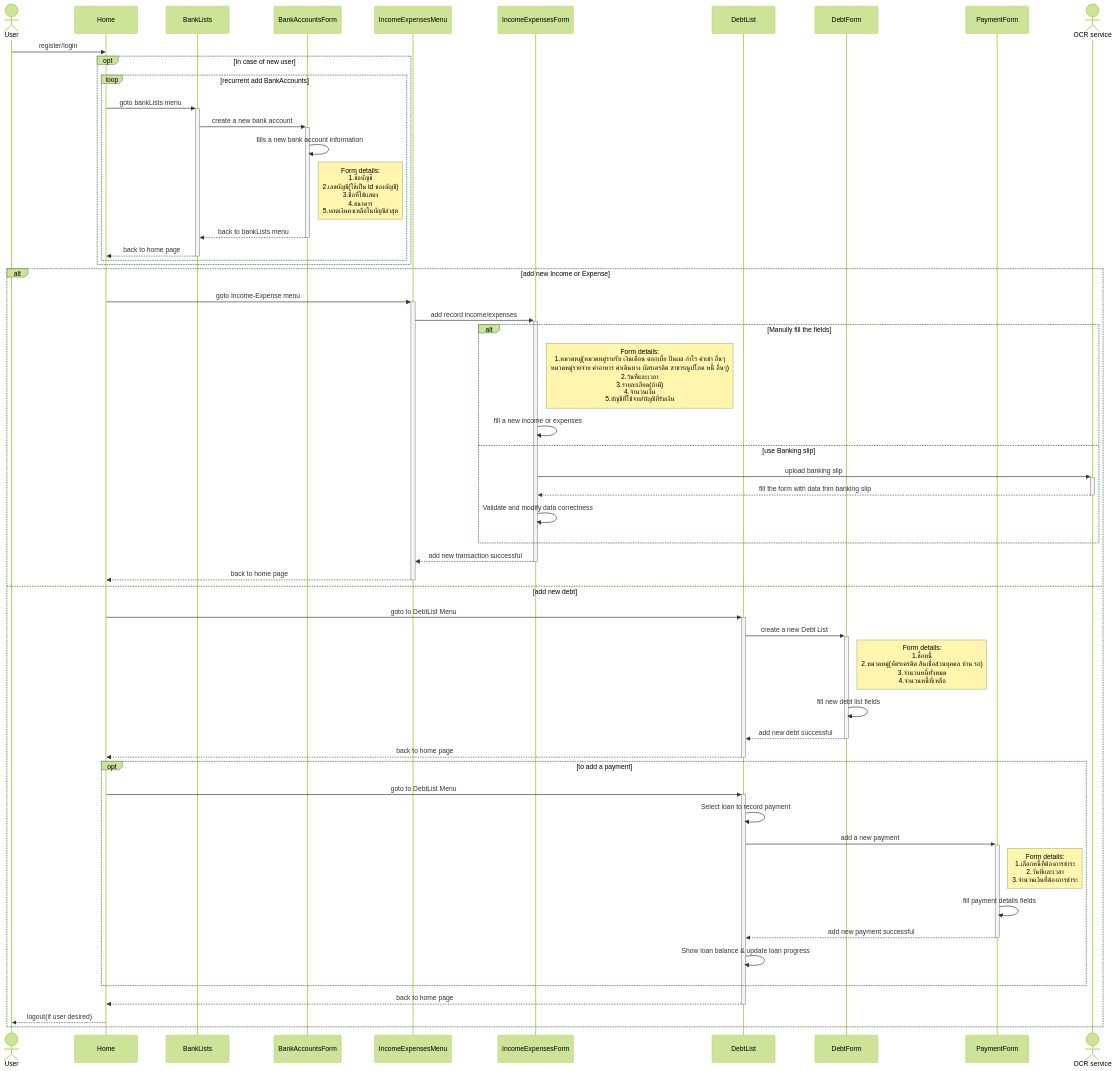
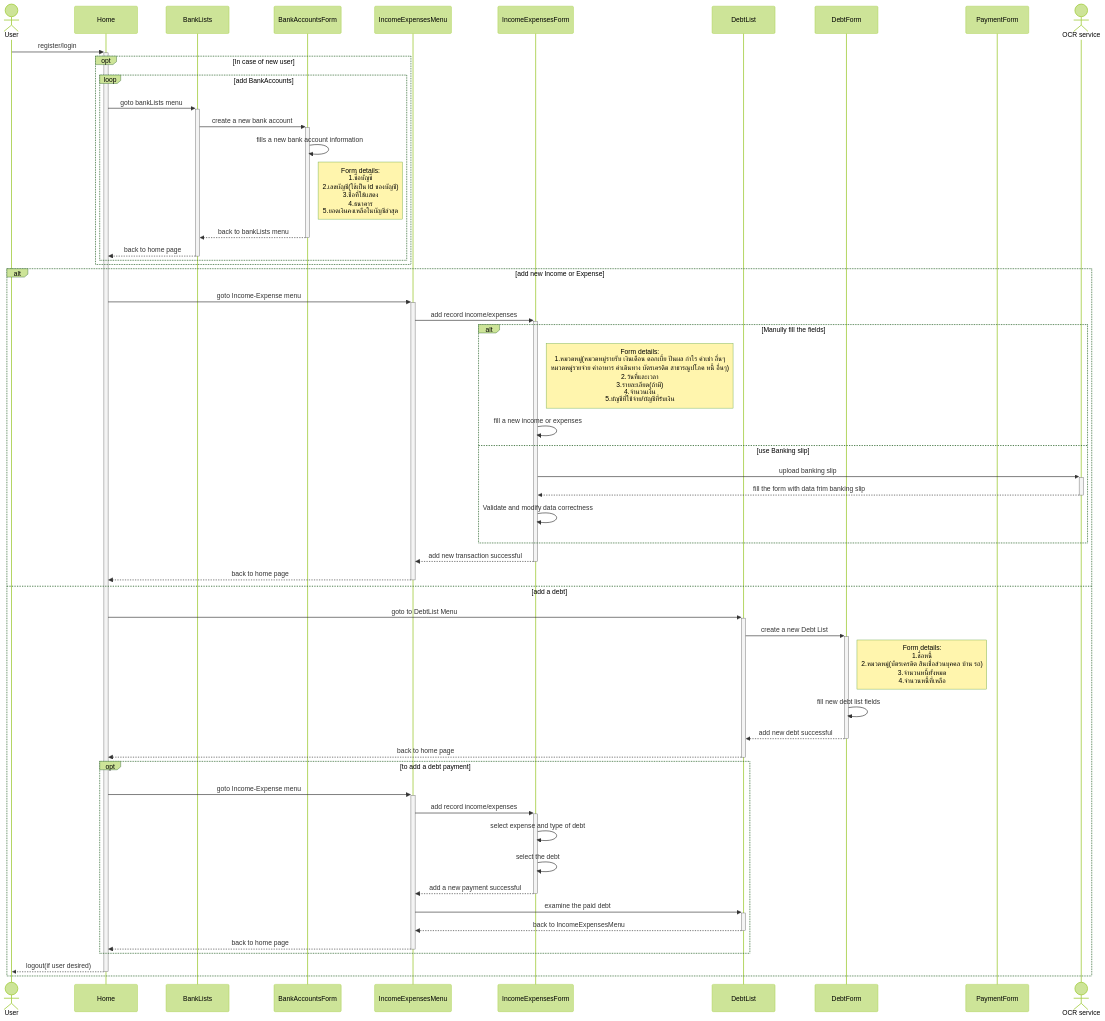
Before and after one commit to SawatKia/WealthTracking: the diagram in design/UserFlow.mmd, drawn with Mermaid (forest theme).

Commit message:
modify how to add a debt payment

```diff
--- a/design/UserFlow.mmd
+++ b/design/UserFlow.mmd
@@ -1,55 +1,55 @@
 sequenceDiagram
     actor User
     participant Home
     participant Bank as BankLists
     participant BankAccountsForm
     participant IncomeExpensesMenu
     participant IncomeExpensesForm
     participant DebtList
     participant DebtForm
     participant PaymentForm
     actor Ocr as OCR service
 
-    User->>Home: register/login
+    User->>+Home: register/login
     opt In case of new user
-        loop recurrent add BankAccounts
+        loop add BankAccounts
             Home->>+Bank: goto bankLists menu
             Bank->>+BankAccountsForm: create a new bank account
             BankAccountsForm->>BankAccountsForm: fills a new bank account information
             Note right of BankAccountsForm: Form details:<br>1.ชื่อบัญชี<br>2.เลขบัญชี(ใช้เป็น id ของบัญชี)<br>3.ชื่อที่ใช้แสดง<br>4.ธนาคาร<br>5.ยอดเงินคงเหลือในบัญชีล่าสุด
             BankAccountsForm-->>-Bank: back to bankLists menu
             Bank-->>-Home: back to home page
         end
     end
     alt add new Income or Expense
         Home->>+IncomeExpensesMenu: goto Income-Expense menu
         IncomeExpensesMenu->>+IncomeExpensesForm: add record income/expenses
         alt Manully fill the fields
             Note right of IncomeExpensesForm: Form details:<br>1.หมวดหมู่(หมวดหมู่รายรับ เงินเดือน ดอกเบี้ย ปันผล กำไร ค่าเช่า อื่นๆ<br>หมวดหมู่รายจ่าย ค่าอาหาร ค่าเดินทาง บัตรเครดิต สาธารณูปโภค หนี้ อื่นๆ)<br>2.วันที่และเวลา<br>3.รายละเอียด(ถ้ามี)<br>4.จำนวนเงิน<br>5.บัญชีที่ใช้จ่าย/บัญชีที่รับเงิน
             IncomeExpensesForm->>IncomeExpensesForm: fill a new income or expenses
         else use Banking slip
             IncomeExpensesForm->>+Ocr: upload banking slip
             Ocr-->>-IncomeExpensesForm:fill the form with data frim banking slip
             IncomeExpensesForm->>IncomeExpensesForm:Validate and modify data correctness
         end
         IncomeExpensesForm-->>-IncomeExpensesMenu: add new transaction successful
         IncomeExpensesMenu-->>-Home: back to home page
-    else add new debt
+    else add a debt
         Home->>+DebtList: goto to DebtList Menu
         DebtList->>+DebtForm: create a new Debt List
         Note right of DebtForm: Form details:<br>1.ชื่อหนี้<br>2.หมวดหมู่(บัตรเครดิต สินเชื่อส่วนบุคคล บ้าน รถ)<br>3.จำนวนหนี้ทั้งหมด<br>4.จำนวนหนี้ที่เหลือ
         DebtForm->>DebtForm: fill new debt list fields
         DebtForm-->>-DebtList: add new debt successful
         DebtList-->>-Home: back to home page
-        opt to add a payment
-            Home->>+DebtList: goto to DebtList Menu
-            DebtList->>DebtList: Select loan to record payment
-            DebtList->>+PaymentForm: add a new payment
-            Note right of PaymentForm: Form details:<br>1.เลือกหนี้ที่ต้องการชำระ<br>2.วันที่และเวลา<br>3.จำนวนเงินที่ต้องการชำระ
-            PaymentForm->>PaymentForm: fill payment details fields
-            PaymentForm-->>-DebtList: add new payment successful
-            DebtList->>DebtList: Show loan balance & update loan progress
+        opt to add a debt payment
+            Home->>+IncomeExpensesMenu: goto Income-Expense menu
+            IncomeExpensesMenu->>+IncomeExpensesForm: add record income/expenses
+            IncomeExpensesForm->>IncomeExpensesForm: select expense and type of debt
+            IncomeExpensesForm->>IncomeExpensesForm: select the debt
+            IncomeExpensesForm-->>-IncomeExpensesMenu: add a new payment successful
+            IncomeExpensesMenu->>+DebtList: examine the paid debt 
+            DebtList-->>-IncomeExpensesMenu: back to IncomeExpensesMenu
+            IncomeExpensesMenu-->>-Home: back to home page
         end
-        DebtList-->>-Home: back to home page
-        Home-->>User: logout(if user desired)
+        Home-->>-User: logout(if user desired)
     end
```
